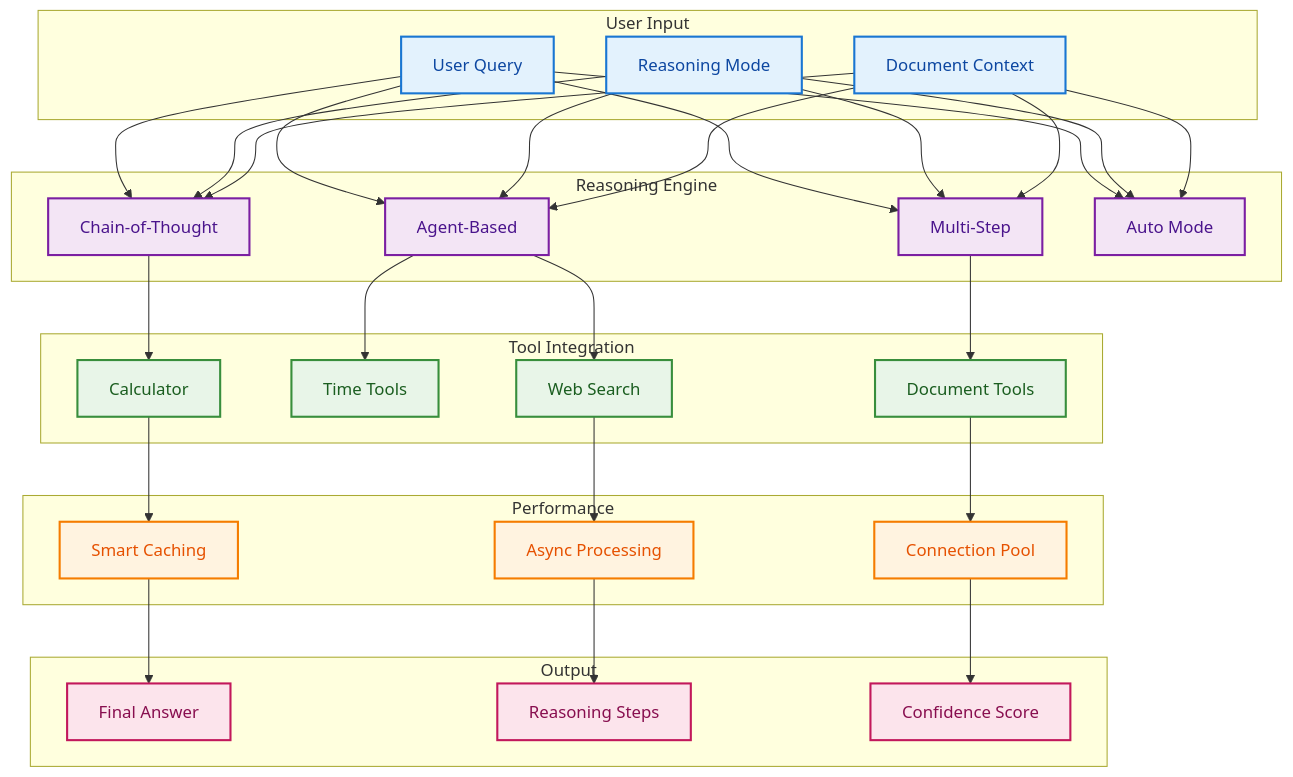
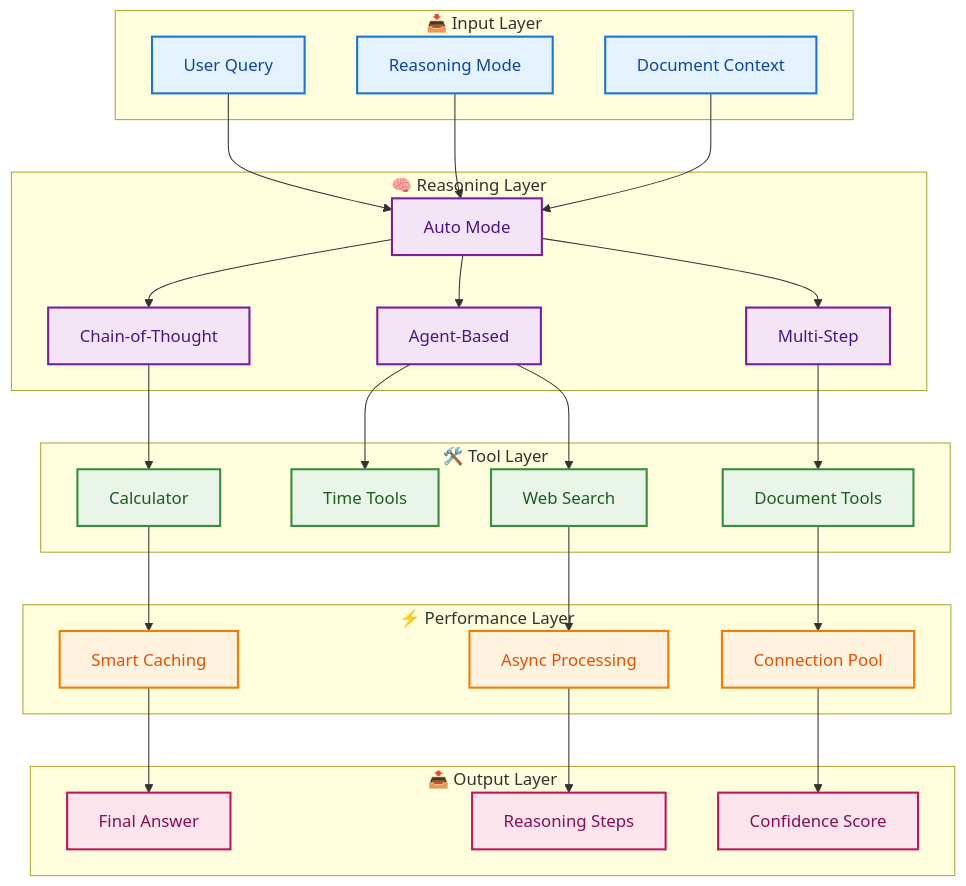
One commit to khaosans/basic-chat changed the first of 6 diagrams in docs/REASONING_FEATURES.md. Above: the diagram before and after it, drawn with Mermaid.

Commit message:
docs: Update Reasoning Features documentation for clarity - Replace subgraph titles with icons for improved visual presentation

````diff
--- a/docs/REASONING_FEATURES.md
+++ b/docs/REASONING_FEATURES.md
@@ -9,74 +9,72 @@
 ```mermaid
 graph TB
-    subgraph "User Input"
+    subgraph "📥 Input Layer"
         QUERY[User Query]
         MODE[Reasoning Mode]
         CONTEXT[Document Context]
     end
     
-    subgraph "Reasoning Engine"
+    subgraph "🧠 Reasoning Layer"
         COT[Chain-of-Thought]
         MULTI[Multi-Step]
         AGENT[Agent-Based]
         AUTO[Auto Mode]
     end
     
-    subgraph "Tool Integration"
+    subgraph "🛠️ Tool Layer"
         CALC[Calculator]
         TIME[Time Tools]
         SEARCH[Web Search]
         DOCS[Document Tools]
     end
     
-    subgraph "Performance"
+    subgraph "⚡ Performance Layer"
         CACHE[Smart Caching]
         ASYNC[Async Processing]
         POOL[Connection Pool]
     end
     
-    subgraph "Output"
+    subgraph "📤 Output Layer"
         RESULT[Final Answer]
         STEPS[Reasoning Steps]
         CONFIDENCE[Confidence Score]
     end
     
-    QUERY --> COT
-    QUERY --> MULTI
-    QUERY --> AGENT
+    %% Clear flow from input to reasoning
     QUERY --> AUTO
-    
-    MODE --> COT
-    MODE --> MULTI
-    MODE --> AGENT
     MODE --> AUTO
-    
-    CONTEXT --> COT
-    CONTEXT --> MULTI
-    CONTEXT --> AGENT
     CONTEXT --> AUTO
     
+    %% Reasoning modes flow
+    AUTO --> COT
+    AUTO --> MULTI
+    AUTO --> AGENT
+    
+    %% Tools for each reasoning mode
     COT --> CALC
     MULTI --> DOCS
     AGENT --> SEARCH
     AGENT --> TIME
     
+    %% Performance optimization
     CALC --> CACHE
     SEARCH --> ASYNC
     DOCS --> POOL
     
+    %% Final output
     CACHE --> RESULT
     ASYNC --> STEPS
     POOL --> CONFIDENCE
     
     classDef input fill:#E3F2FD,stroke:#1976D2,stroke-width:2px,color:#0D47A1
-    classDef engine fill:#F3E5F5,stroke:#7B1FA2,stroke-width:2px,color:#4A148C
+    classDef reasoning fill:#F3E5F5,stroke:#7B1FA2,stroke-width:2px,color:#4A148C
     classDef tools fill:#E8F5E8,stroke:#388E3C,stroke-width:2px,color:#1B5E20
     classDef performance fill:#FFF3E0,stroke:#F57C00,stroke-width:2px,color:#E65100
     classDef output fill:#FCE4EC,stroke:#C2185B,stroke-width:2px,color:#880E4F
     
     class QUERY,MODE,CONTEXT input
-    class COT,MULTI,AGENT,AUTO engine
+    class COT,MULTI,AGENT,AUTO reasoning
     class CALC,TIME,SEARCH,DOCS tools
     class CACHE,ASYNC,POOL performance
     class RESULT,STEPS,CONFIDENCE output
 ```
````
